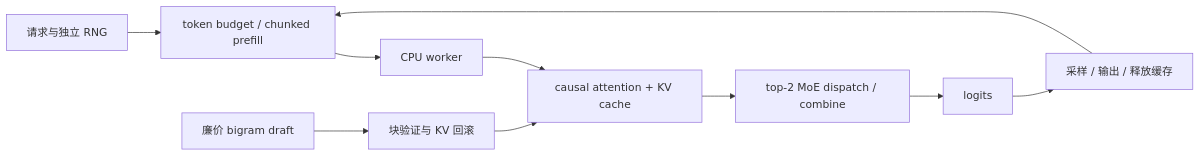
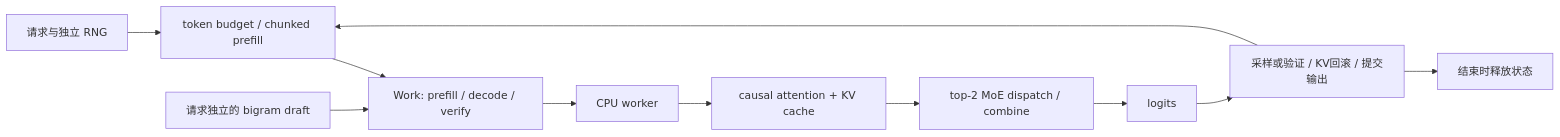
The diagram in README.md (PeriodBLUE/nano-deepseek-infer), drawn with Mermaid before and after one commit. The commit also changed other lines of this file and 18 other files, not shown here.

````diff
--- a/README.md
+++ b/README.md
@@ -109,12 +134,13 @@
 ```mermaid
 flowchart LR
     R[请求与独立 RNG] --> S[token budget / chunked prefill]
-    S --> W[CPU worker]
+    S --> P[Work: prefill / decode / verify]
+    D[请求独立的 bigram draft] --> P
+    P --> W[CPU worker]
     W --> A[causal attention + KV cache]
     A --> M[top-2 MoE dispatch / combine]
     M --> L[logits]
-    L --> O[采样 / 输出 / 释放缓存]
+    L --> O[采样或验证 / KV回滚 / 提交输出]
     O --> S
-    D[廉价 bigram draft] --> V[块验证与 KV 回滚]
-    V --> A
+    O --> F[结束时释放状态]
 ```
````
